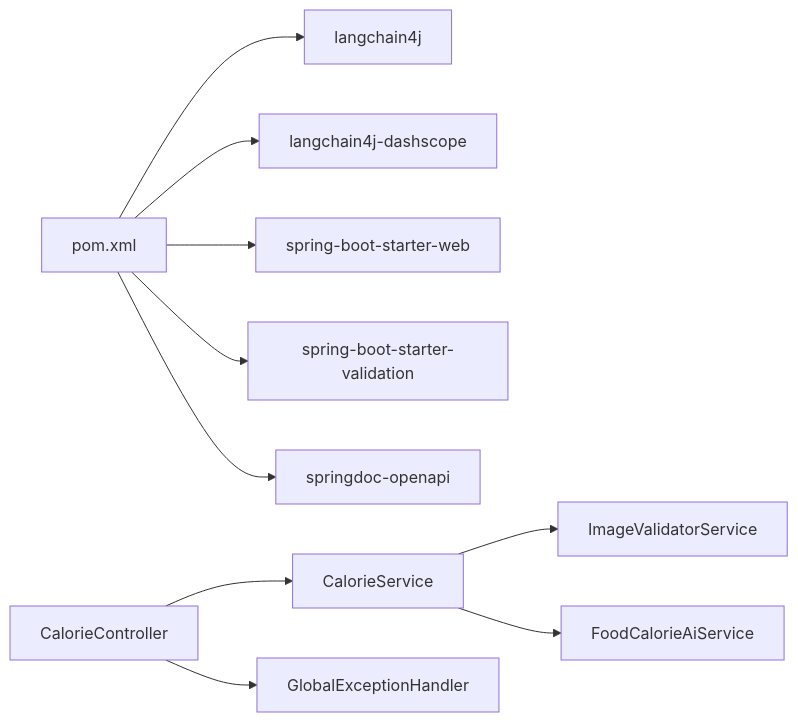
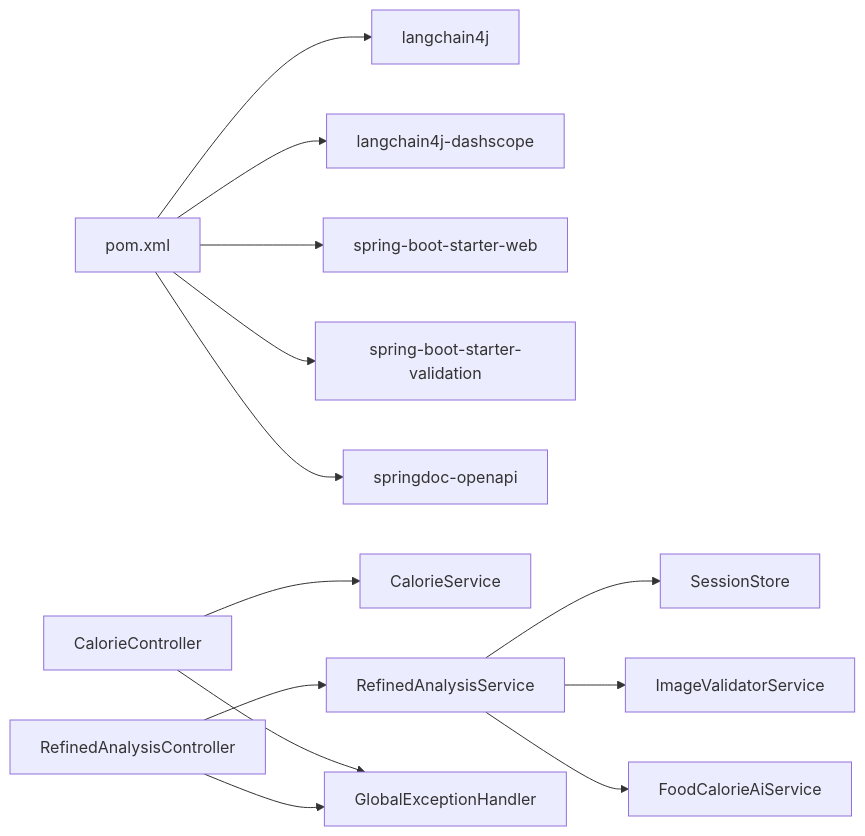
The fourth of 4 diagrams in .qoder/repowiki/en/content/API Reference.md (Meng-hh/heat_calculate), drawn with Mermaid before and after one commit. The commit also changed other lines of this file and 25 other files, not shown here.

````diff
--- a/.qoder/repowiki/en/content/API Reference.md
+++ b/.qoder/repowiki/en/content/API Reference.md
@@ -216,12 +374,15 @@
 ```mermaid
 graph LR
 POM["pom.xml"] --> L4J["langchain4j"]
 POM --> DS["langchain4j-dashscope"]
 POM --> SBW["spring-boot-starter-web"]
 POM --> SBV["spring-boot-starter-validation"]
 POM --> SDOC["springdoc-openapi"]
 Controller["CalorieController"] --> Service["CalorieService"]
-Service --> Validator["ImageValidatorService"]
-Service --> AIService["FoodCalorieAiService"]
+RefinedController["RefinedAnalysisController"] --> RefinedService["RefinedAnalysisService"]
+RefinedService --> SessionStore["SessionStore"]
+RefinedService --> Validator["ImageValidatorService"]
+RefinedService --> AIService["FoodCalorieAiService"]
 Controller --> Handler["GlobalExceptionHandler"]
+RefinedController --> Handler
 ```
````
